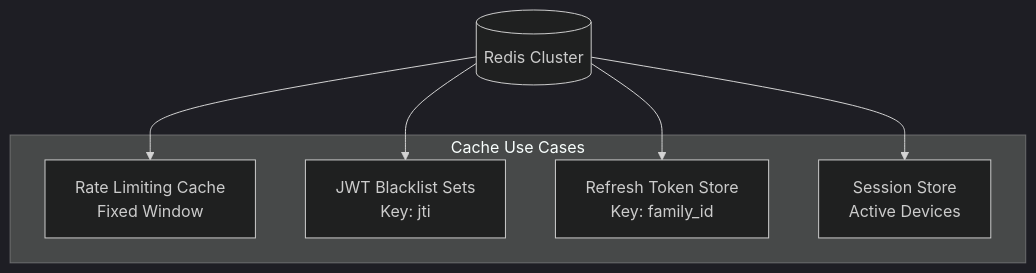
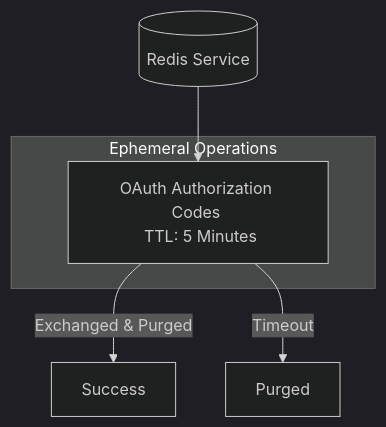
Before and after one commit to ayushsinghh0/just-doing-some-todo: the fifth of 7 diagrams in README.md, drawn with Mermaid (dark theme). The commit also changed other lines of this file, not shown here.

````diff
--- a/README.md
+++ b/README.md
@@ -249,16 +201,12 @@
 ```mermaid
 graph TD
-    Redis[(Redis Cluster)]
+    Redis[(Redis Service)]
     
-    subgraph Cache Use Cases
-        RL[Rate Limiting Cache <br/> Fixed Window]
-        BL[JWT Blacklist Sets <br/> Key: jti]
-        RT[Refresh Token Store <br/> Key: family_id]
-        SS[Session Store <br/> Active Devices]
+    subgraph Ephemeral Operations
+        AuthCode[OAuth Authorization Codes <br/> TTL: 5 Minutes]
     end
     
-    Redis --> RL
-    Redis --> BL
-    Redis --> RT
-    Redis --> SS
+    Redis --> AuthCode
+    AuthCode --> |Exchanged & Purged| Success
+    AuthCode --> |Timeout| Purged
 ```
````
